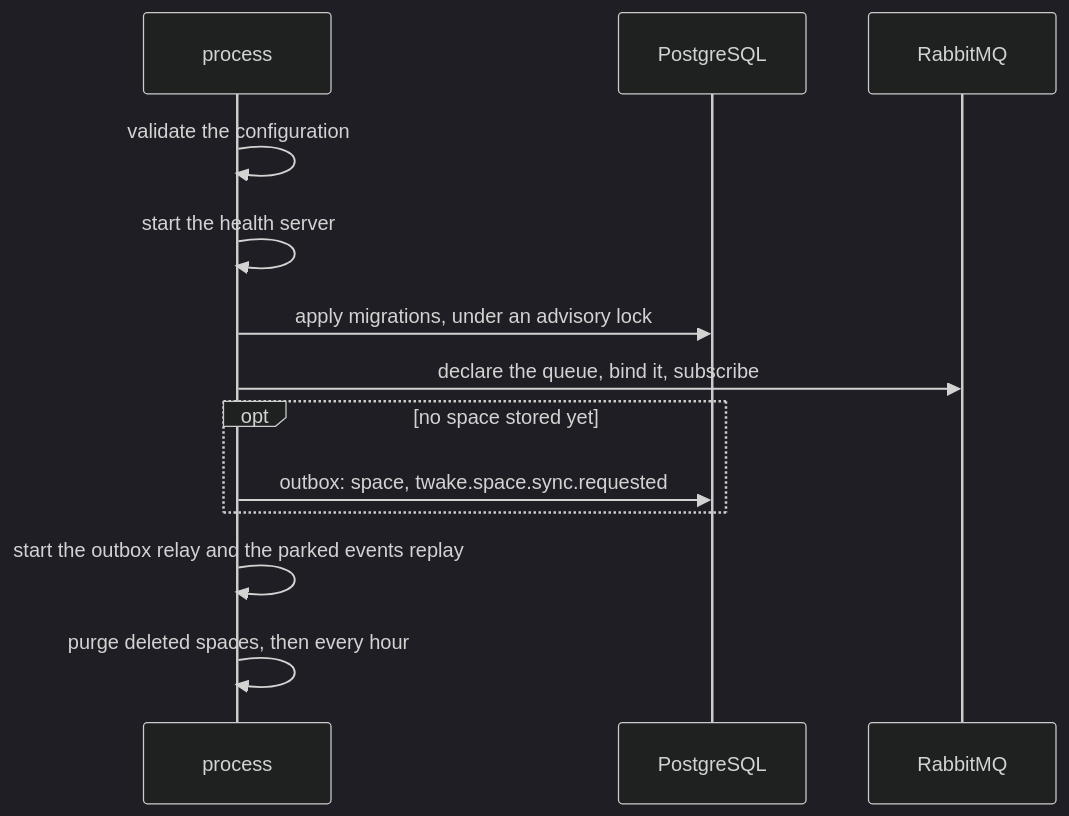
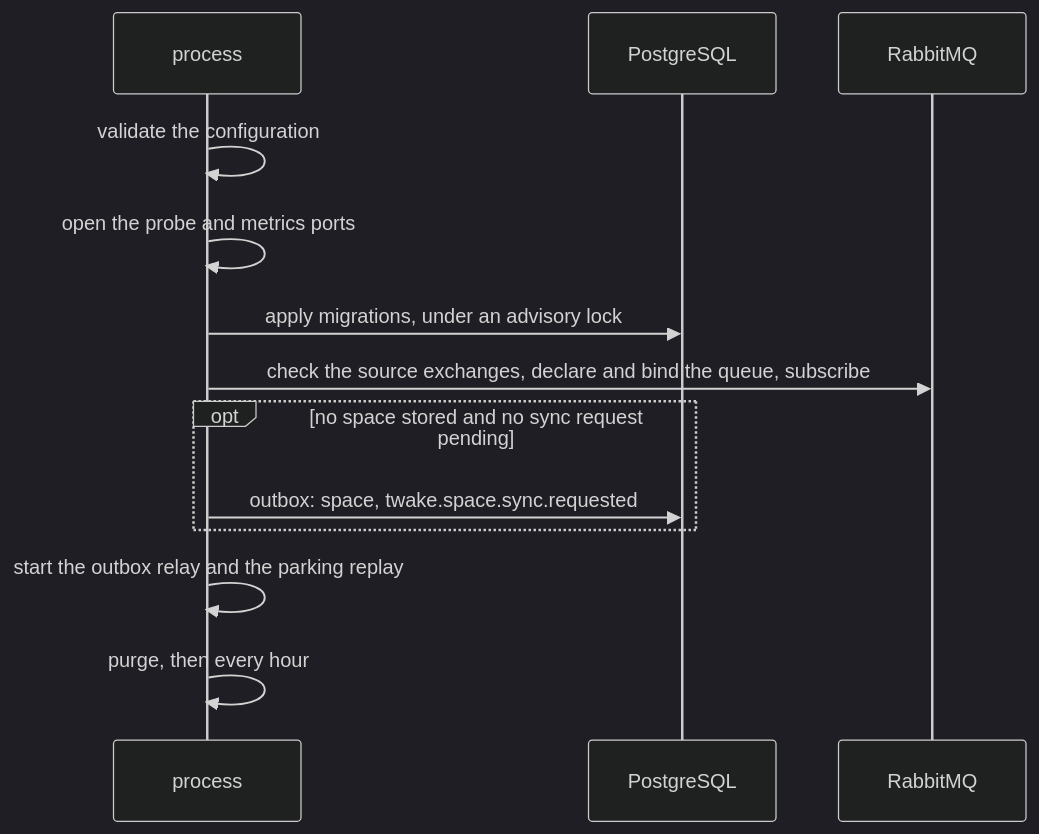
The third of 4 diagrams in docs/architecture.md (linagora/twake-mail-side-service), drawn with Mermaid (dark theme) before and after one commit. The commit also changed other lines of this file and 5 other files, not shown here.

Commit message:
docs: architecture, operations and dependencies checked against the code

````diff
--- a/docs/architecture.md
+++ b/docs/architecture.md
@@ -52,15 +53,15 @@
 ```mermaid
 sequenceDiagram
   participant P as process
   participant D as PostgreSQL
   participant R as RabbitMQ
   P->>P: validate the configuration
-  P->>P: start the health server
+  P->>P: open the probe and metrics ports
   P->>D: apply migrations, under an advisory lock
-  P->>R: declare the queue, bind it, subscribe
-  opt no space stored yet
+  P->>R: check the source exchanges, declare and bind the queue, subscribe
+  opt no space stored and no sync request pending
     P->>D: outbox: space, twake.space.sync.requested
   end
-  P->>P: start the outbox relay and the parked events replay
-  P->>P: purge deleted spaces, then every hour
+  P->>P: start the outbox relay and the parking replay
+  P->>P: purge, then every hour
 ```
````
